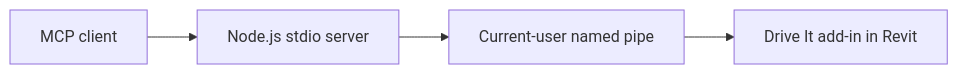
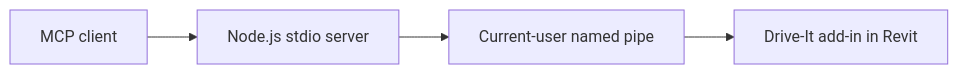
One commit to jedbjorn/drive-it changed the diagram in README.md. Above: the diagram before and after it, drawn with Mermaid. The commit also changed other lines of this file and 15 other files, not shown here.

````diff
--- a/README.md
+++ b/README.md
@@ -45,6 +45,6 @@
 ```mermaid
 graph LR
   CLIENT["MCP client"]:::class1 --> SERVER["Node.js stdio server"]:::class2
   SERVER --> PIPE["Current-user named pipe"]:::class4
-  PIPE --> REVIT["Drive It add-in in Revit"]:::class3
+  PIPE --> REVIT["Drive-It add-in in Revit"]:::class3
 ```
````
